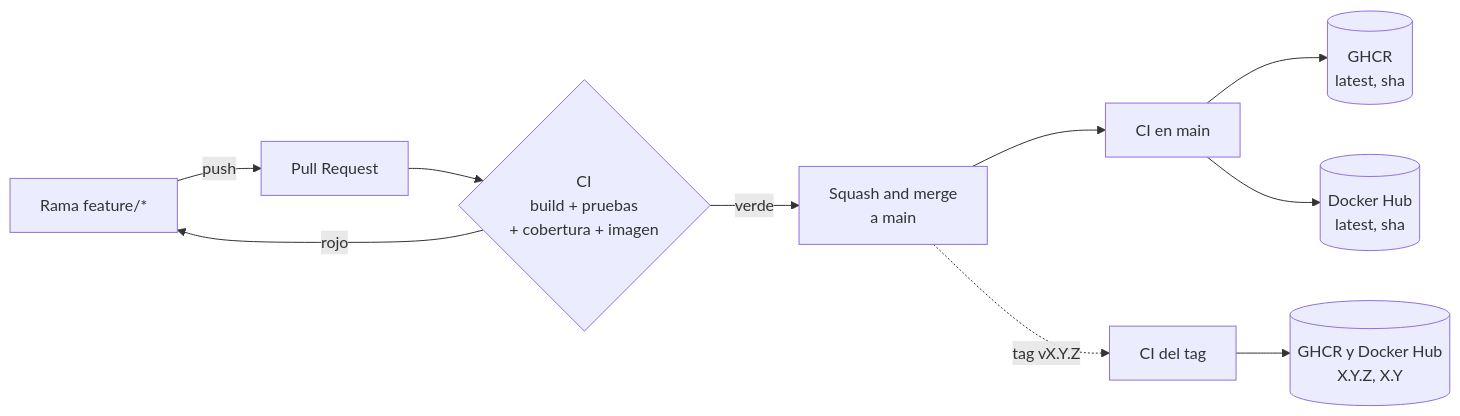
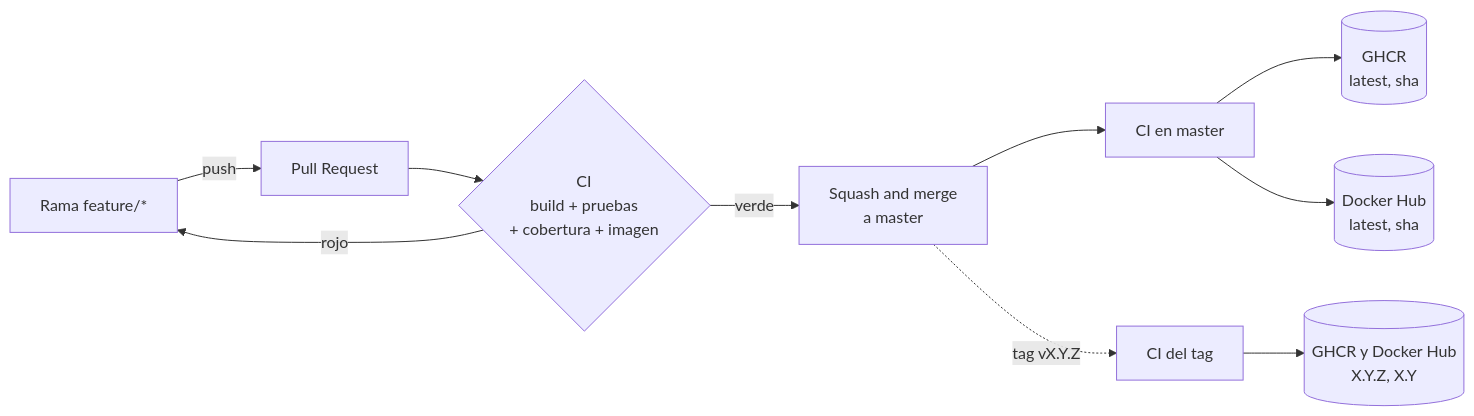
The diagram in docs/guides/ci-cd.md (christophersanz/AI-CICD), drawn with Mermaid before and after one commit. The commit also changed other lines of this file and 11 other files, not shown here.

````diff
--- a/docs/guides/ci-cd.md
+++ b/docs/guides/ci-cd.md
@@ -21,12 +21,12 @@
 ```mermaid
 flowchart LR
     A[Rama feature/*] -->|push| B[Pull Request]
     B --> C{CI<br/>build + pruebas<br/>+ cobertura + imagen}
     C -->|rojo| A
-    C -->|verde| D[Squash and merge<br/>a main]
-    D --> E[CI en main]
+    C -->|verde| D[Squash and merge<br/>a master]
+    D --> E[CI en master]
     E --> F[(GHCR<br/>latest, sha)]
     E --> G[(Docker Hub<br/>latest, sha)]
     D -.->|tag vX.Y.Z| H[CI del tag]
     H --> I[(GHCR y Docker Hub<br/>X.Y.Z, X.Y)]
 ```
````
